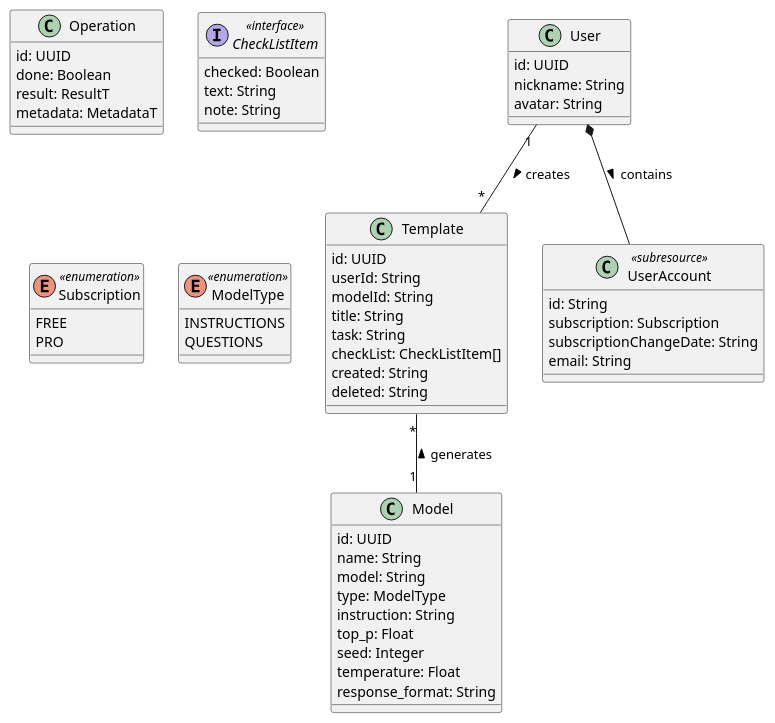
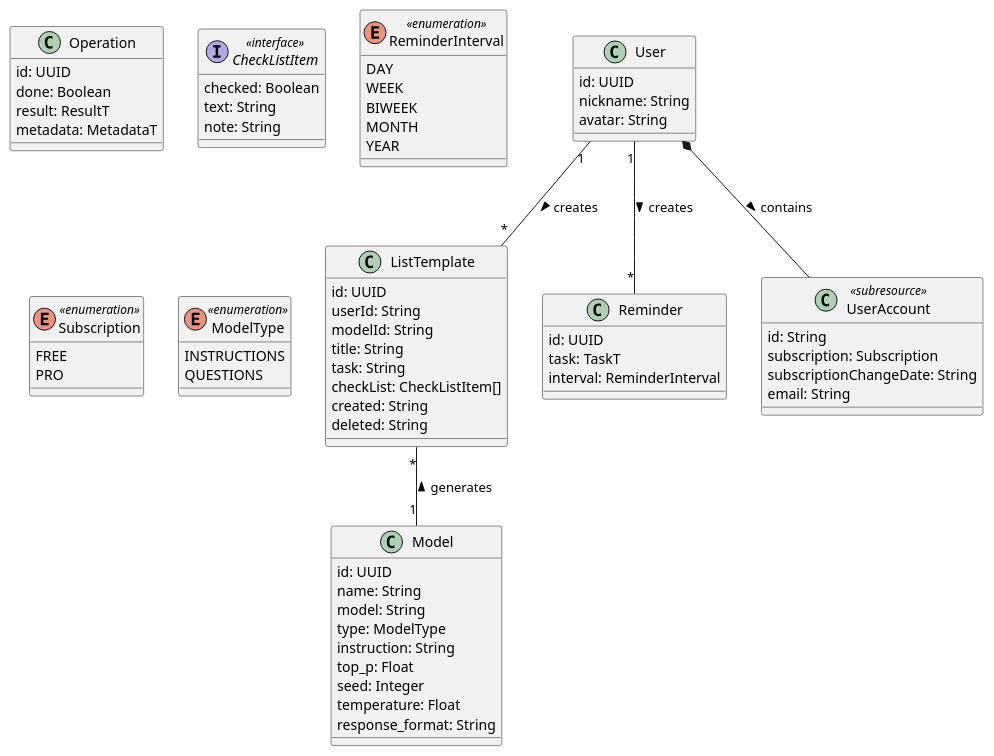
Before and after one commit to schwamic/blueprints: the diagram in wiki/classes.wsd, drawn with PlantUML.

```diff
--- a/wiki/classes.wsd
+++ b/wiki/classes.wsd
@@ -1,65 +1,81 @@
 @startuml
-User "1" -- "*" Template : creates >
+User "1" -- "*" ListTemplate : creates >
+User "1" -- "*" Reminder : creates >
 User *-- UserAccount : contains >
-Template "*" -- "1" Model : generates <
+ListTemplate "*" -- "1" Model : generates <
 
 class User {
  id: UUID
  nickname: String
  avatar: String
 }
 
 class UserAccount <<subresource>> {
  id: String
  subscription: Subscription
  subscriptionChangeDate: String
  email: String
 }
 
-class Template {
+class ListTemplate {
  id: UUID
  userId: String
  modelId: String
  title: String
  task: String
  checkList: CheckListItem[]
  created: String
  deleted: String
 }
 
 class Model {
  id: UUID
  name: String
  model: String
  type: ModelType
  instruction: String
  top_p: Float
  seed: Integer
  temperature: Float
  response_format: String
 }
 
+
+class Reminder {
+ id: UUID
+ task: TaskT
+ interval: ReminderInterval
+}
+
 class Operation {
  id: UUID
  done: Boolean
  result: ResultT
  metadata: MetadataT
 }
 
 interface CheckListItem <<interface>> {
  checked: Boolean
  text: String
  note: String
 }
 
+enum ReminderInterval <<enumeration>> {
+ DAY
+ WEEK
+ BIWEEK
+ MONTH
+ YEAR
+}
+
 enum Subscription <<enumeration>> {
  FREE
  PRO
 }
 
 enum ModelType <<enumeration>> {
   INSTRUCTIONS
   QUESTIONS
 }
 
 @enduml
```
